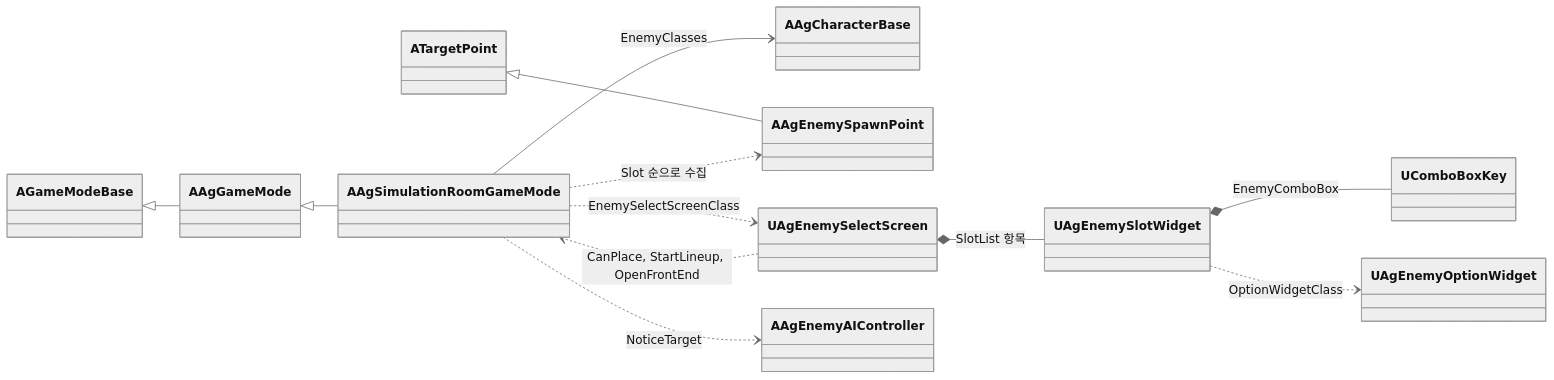
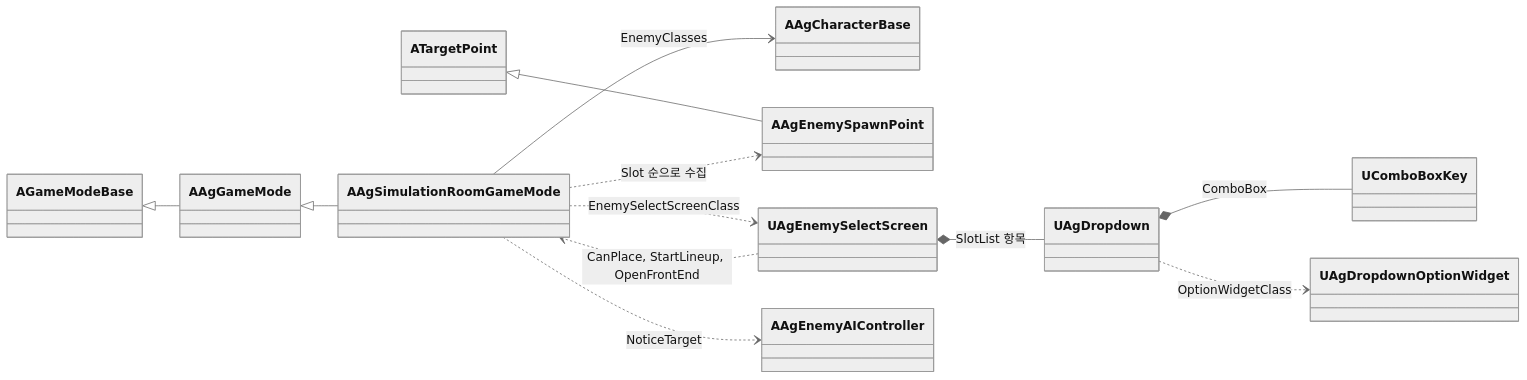
One commit to Woogl/Ag changed the first of 2 diagrams in Specs/시뮬레이션 룸/2-plan.md. Above: the diagram before and after it, drawn with Mermaid (neutral theme). The commit also changed other lines of this file and 25 other files, not shown here.

Commit message:
구현: 메뉴 드롭다운을 공용 위젯 UAgDropdown 하나로 합침

````diff
--- a/Specs/시뮬레이션 룸/2-plan.md
+++ b/Specs/시뮬레이션 룸/2-plan.md
@@ -21,15 +21,15 @@
 ```mermaid
 classDiagram
     direction LR
     AGameModeBase <|-- AAgGameMode
     AAgGameMode <|-- AAgSimulationRoomGameMode
     AAgSimulationRoomGameMode --> AAgCharacterBase : EnemyClasses
     ATargetPoint <|-- AAgEnemySpawnPoint
     AAgSimulationRoomGameMode ..> AAgEnemySpawnPoint : Slot 순으로 수집
     AAgSimulationRoomGameMode ..> UAgEnemySelectScreen : EnemySelectScreenClass
     AAgSimulationRoomGameMode ..> AAgEnemyAIController : NoticeTarget
     UAgEnemySelectScreen ..> AAgSimulationRoomGameMode : CanPlace, StartLineup, OpenFrontEnd
-    UAgEnemySelectScreen *-- UAgEnemySlotWidget : SlotList 항목
-    UAgEnemySlotWidget *-- UComboBoxKey : EnemyComboBox
-    UAgEnemySlotWidget ..> UAgEnemyOptionWidget : OptionWidgetClass
+    UAgEnemySelectScreen *-- UAgDropdown : SlotList 항목
+    UAgDropdown *-- UComboBoxKey : ComboBox
+    UAgDropdown ..> UAgDropdownOptionWidget : OptionWidgetClass
 ```
````
